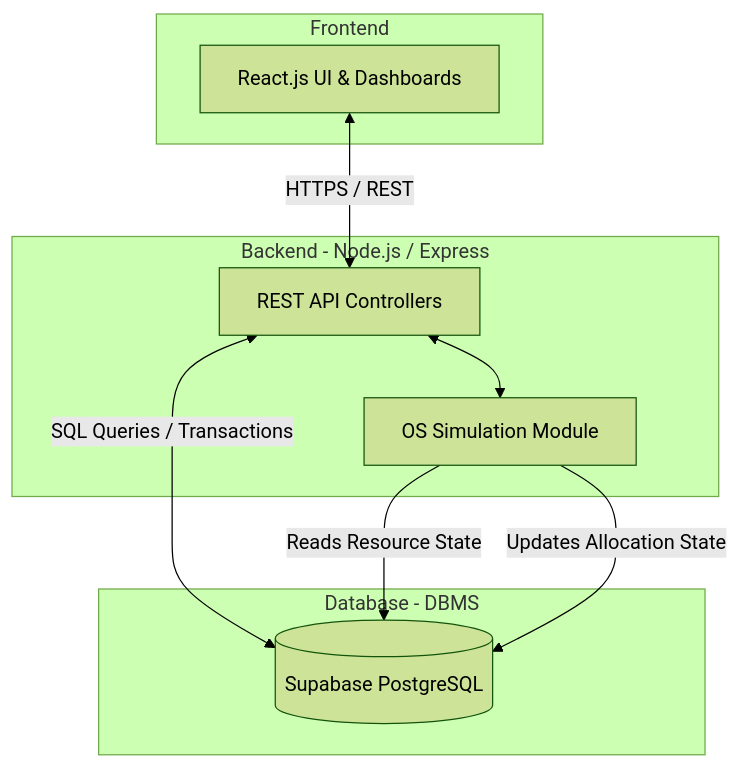
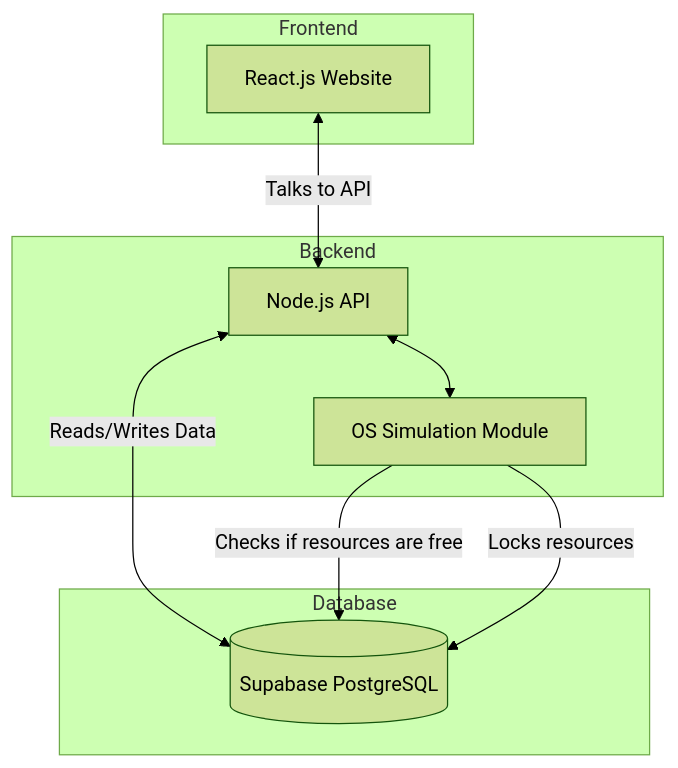
The second of 8 diagrams in README.md (Sujalkathait/PortFlow), drawn with Mermaid (forest theme) before and after one commit. The commit also changed other lines of this file, not shown here.

````diff
--- a/README.md
+++ b/README.md
@@ -104,21 +106,21 @@
 ```mermaid
 graph TD
     subgraph Frontend
-        React[React.js UI & Dashboards]
+        React[React.js Website]
     end
     
-    subgraph Backend - Node.js / Express
-        API[REST API Controllers]
+    subgraph Backend
+        API[Node.js API]
         OSModule[OS Simulation Module]
         API <--> OSModule
     end
     
-    subgraph Database - DBMS
+    subgraph Database
         DB[(Supabase PostgreSQL)]
     end
     
-    React <-->|HTTPS / REST| API
-    API <-->|SQL Queries / Transactions| DB
-    OSModule -->|Reads Resource State| DB
-    OSModule -->|Updates Allocation State| DB
+    React <-->|Talks to API| API
+    API <-->|Reads/Writes Data| DB
+    OSModule -->|Checks if resources are free| DB
+    OSModule -->|Locks resources| DB
 ```
````
